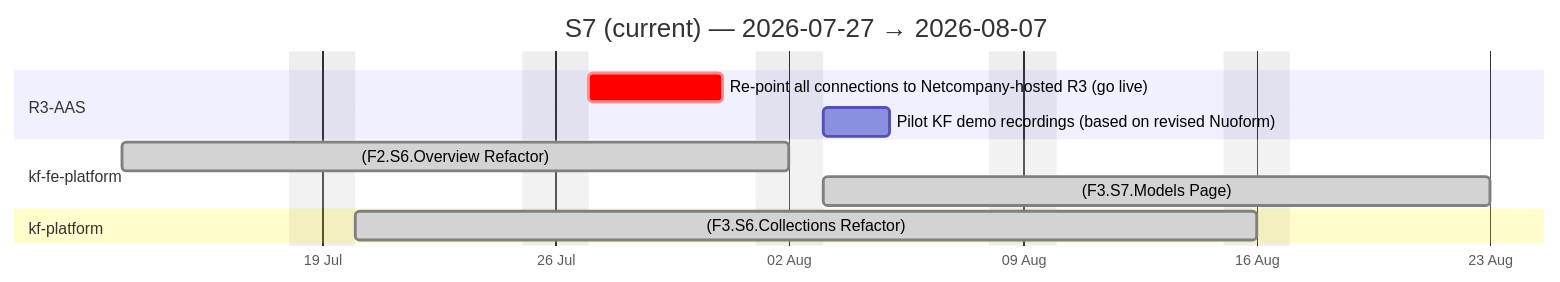
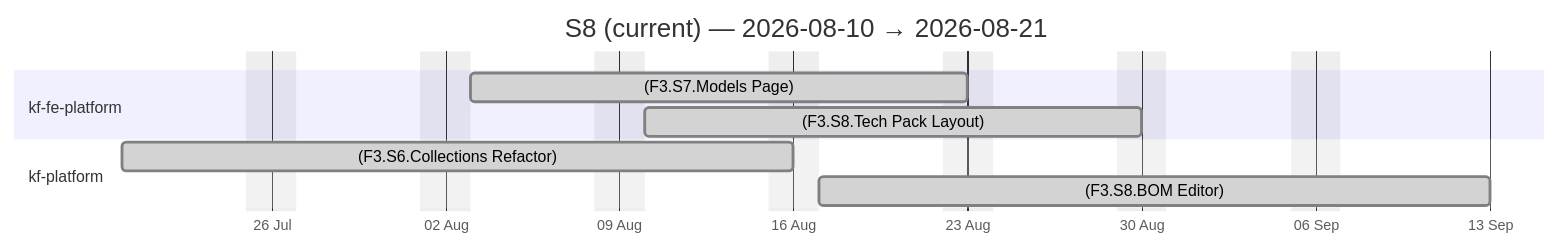
One commit to Katty-Fashion/kf-cpto changed the third of 4 diagrams in docs/agile-sprints.md. Above: the diagram before and after it, drawn with Mermaid. The commit also changed other lines of this file and 14 other files, not shown here.

````diff
--- a/docs/agile-sprints.md
+++ b/docs/agile-sprints.md
@@ -76,16 +72,14 @@
 ```mermaid
 gantt
-    title S7 (current) — 2026-07-27 → 2026-08-07
+    title S8 (current) — 2026-08-10 → 2026-08-21
     dateFormat YYYY-MM-DD
     axisFormat %d %b
     excludes weekends
 
-    section R3-AAS
-    Re-point all connections to Netcompany-hosted R3 (go live) :crit, 2026-07-27, 2026-07-31
-    Pilot KF demo recordings (based on revised Nuoform) :2026-08-03, 2026-08-05
     section kf-fe-platform
-    (F2.S6.Overview Refactor) :done, 2026-07-13, 2026-08-02
     (F3.S7.Models Page) :done, 2026-08-03, 2026-08-23
+    (F3.S8.Tech Pack Layout) :done, 2026-08-10, 2026-08-30
     section kf-platform
     (F3.S6.Collections Refactor) :done, 2026-07-20, 2026-08-16
+    (F3.S8.BOM Editor) :done, 2026-08-17, 2026-09-13
 ```
````
